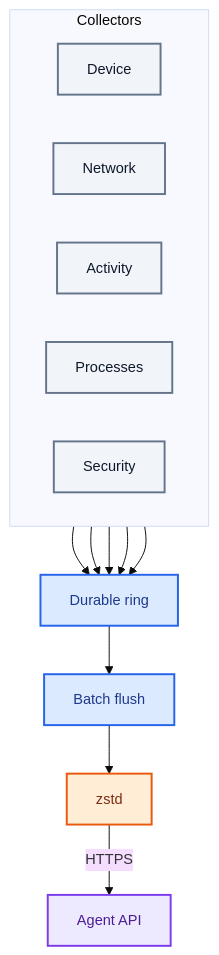
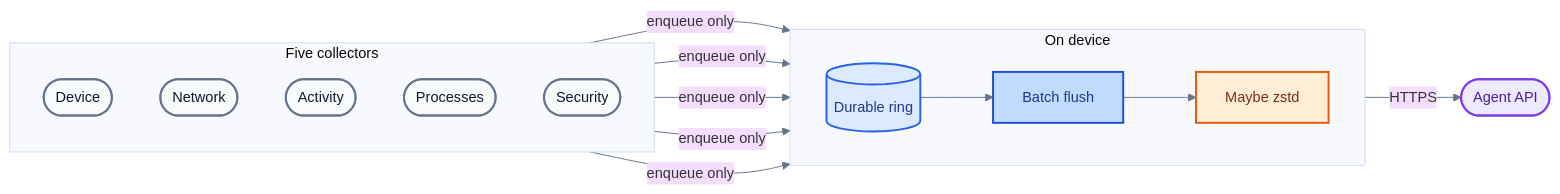
The first of 4 diagrams in docs/collection.md (TrustEdgeOrg/TrustEdge-Agent), drawn with Mermaid before and after one commit. The commit also changed other lines of this file, not shown here.

Commit message:
Refine collection Mermaid diagrams for clearer interview walkthroughs.

````diff
--- a/docs/collection.md
+++ b/docs/collection.md
@@ -37,34 +37,36 @@
 ```mermaid
-%%{init: {'theme': 'base', 'themeVariables': {'fontSize': '15px', 'fontFamily': 'arial'}}}%%
-flowchart TB
-    subgraph SRC ["Collectors"]
-        direction LR
-        D1["Device"]
-        D2["Network"]
-        D3["Activity"]
-        D4["Processes"]
-        D5["Security"]
+%%{init: {'theme': 'base', 'themeVariables': {'fontSize': '15px', 'fontFamily': 'arial', 'primaryBorderColor': '#94A3B8', 'lineColor': '#64748B'}}}%%
+flowchart LR
+    subgraph COL ["Five collectors"]
+        direction TB
+        D1(["Device"])
+        D2(["Network"])
+        D3(["Activity"])
+        D4(["Processes"])
+        D5(["Security"])
     end
 
-    RING["Durable ring"]
-    BAT["Batch flush"]
-    ZIP["zstd"]
-    API["Agent API"]
+    subgraph AGENT ["On device"]
+        direction LR
+        RING[("Durable ring")]
+        BAT["Batch flush"]
+        ZIP["Maybe zstd"]
+    end
 
-    D1 --> RING
-    D2 --> RING
-    D3 --> RING
-    D4 --> RING
-    D5 --> RING
+    API(["Agent API"])
+
+    D1 & D2 & D3 & D4 & D5 -->|enqueue only| RING
     RING --> BAT --> ZIP -->|HTTPS| API
 
-    classDef source fill:#F1F5F9,stroke:#64748B,stroke-width:2px,color:#0F172A
+    classDef source fill:#F8FAFC,stroke:#64748B,stroke-width:2px,color:#0F172A
     classDef ring fill:#DBEAFE,stroke:#2563EB,stroke-width:2px,color:#1E3A8A
+    classDef flush fill:#BFDBFE,stroke:#1D4ED8,stroke-width:2px,color:#1E3A8A
     classDef compress fill:#FFEDD5,stroke:#EA580C,stroke-width:2px,color:#7C2D12
     classDef api fill:#EDE9FE,stroke:#7C3AED,stroke-width:2px,color:#4C1D95
 
     class D1,D2,D3,D4,D5 source
-    class RING,BAT ring
+    class RING ring
+    class BAT flush
     class ZIP compress
     class API api
 ```
````
